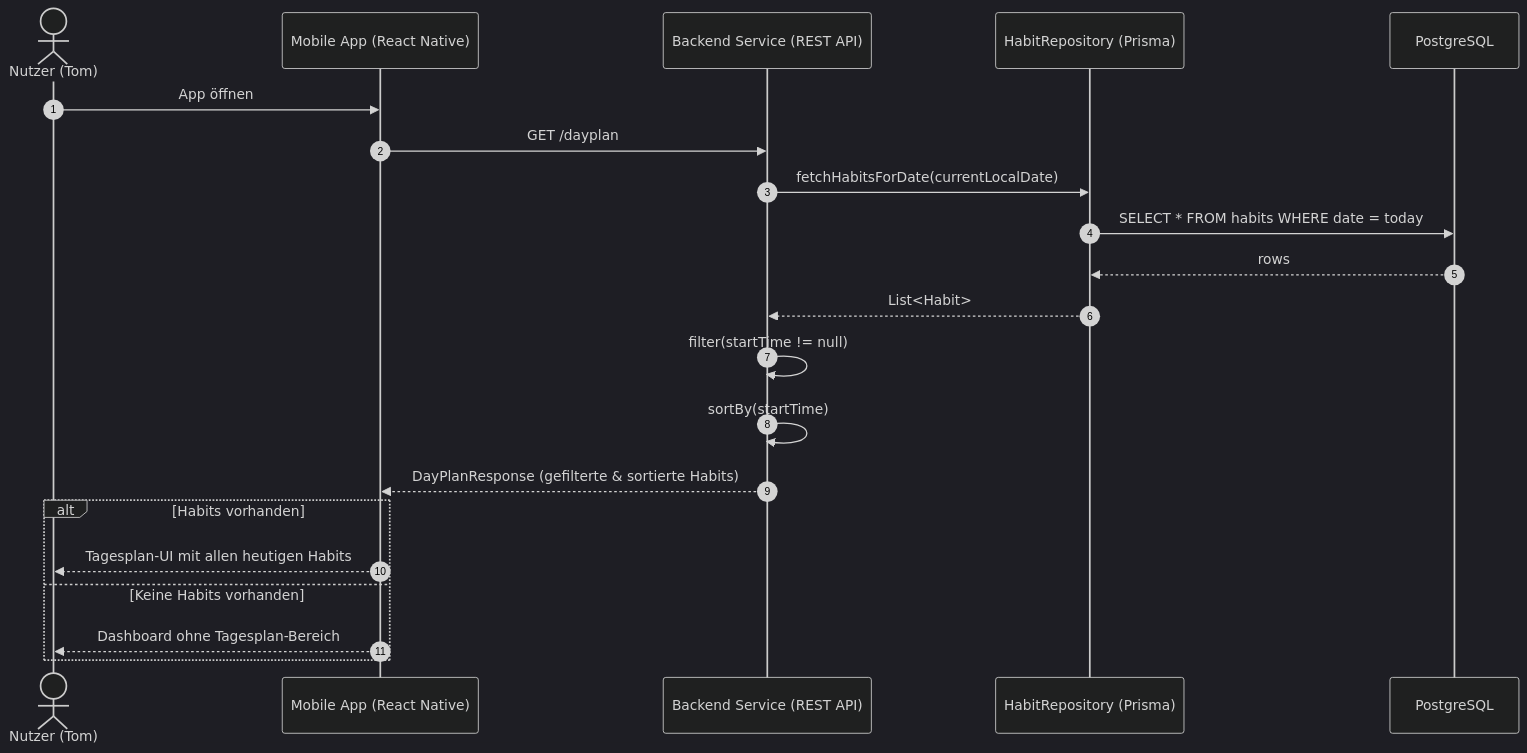
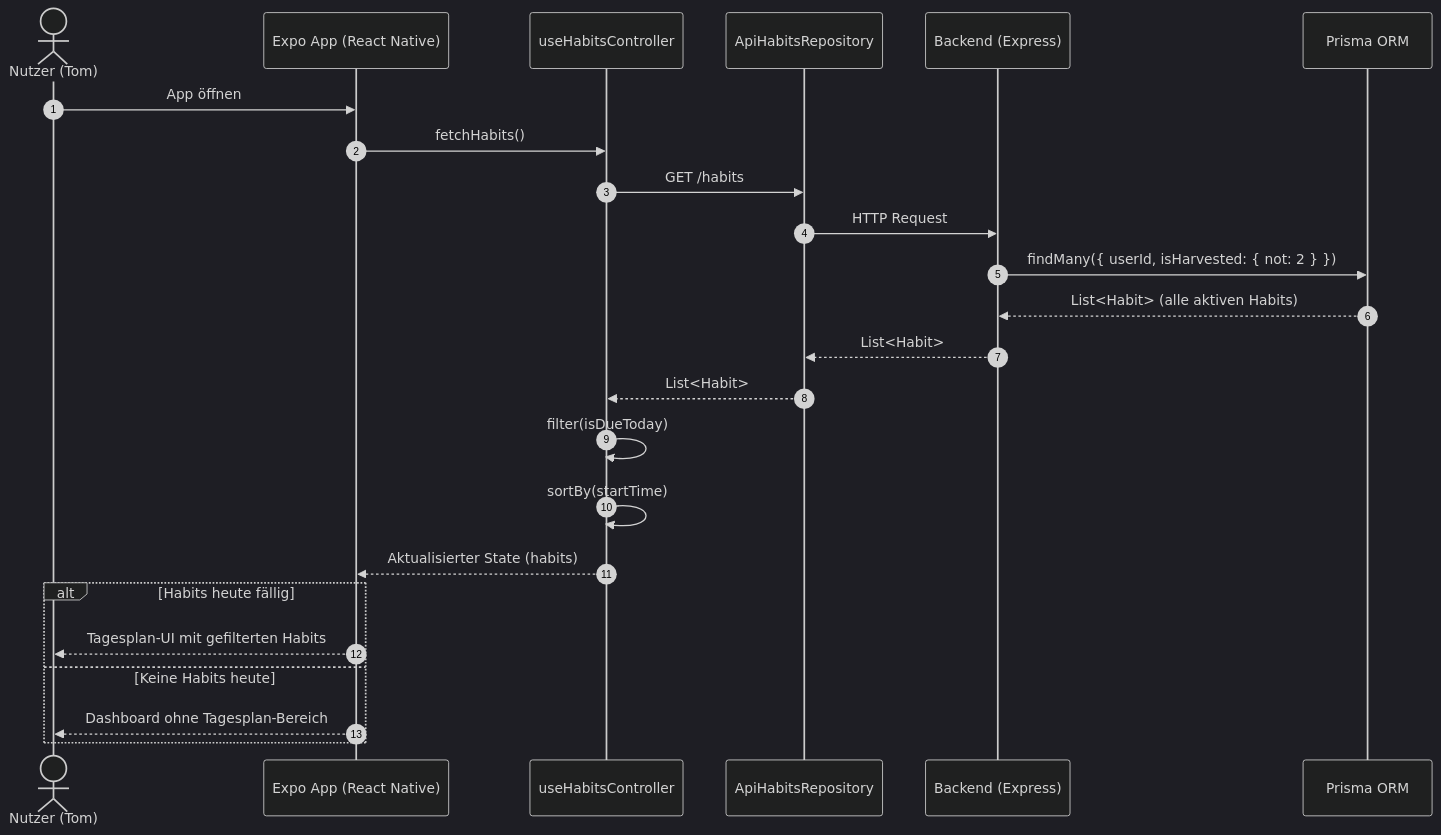
The diagram in docs/development/plantuml/Sequenzdiagramm_AutomatischeAnzeige_Tagesplan.md (laurenzzzzzz/htwd-se1-habitree), drawn with Mermaid (dark theme) before and after one commit. The commit also changed 4 other files, not shown here.

Commit message:
Update Sequenzdiagramme Tatsächliche Darstellung unseres Codes

````diff
--- a/docs/development/plantuml/Sequenzdiagramm_AutomatischeAnzeige_Tagesplan.md
+++ b/docs/development/plantuml/Sequenzdiagramm_AutomatischeAnzeige_Tagesplan.md
@@ -1,29 +1,32 @@
 ```mermaid
 sequenceDiagram
     autonumber
 
     actor User as Nutzer (Tom)
-    participant Mobile as Mobile App (React Native)
-    participant API as Backend Service (REST API)
-    participant Repo as HabitRepository (Prisma)
-    participant DB as PostgreSQL
+    participant Expo as Expo App (React Native)
+    participant FEHabit as useHabitsController
+    participant ApiRepo as ApiHabitsRepository
+    participant API as Backend (Express)
+    participant Repo as Prisma ORM
 
-    User->>Mobile: App öffnen
-    Mobile->>API: GET /dayplan
+    User->>Expo: App öffnen
+    Expo->>FEHabit: fetchHabits()
+    FEHabit->>ApiRepo: GET /habits
+    ApiRepo->>API: HTTP Request
 
-    API->>Repo: fetchHabitsForDate(currentLocalDate)
-    Repo->>DB: SELECT * FROM habits WHERE date = today
-    DB-->>Repo: rows
-    Repo-->>API: List<Habit>
+    API->>Repo: findMany({ userId, isHarvested: { not: 2 } })
+    Repo-->>API: List<Habit> (alle aktiven Habits)
+    API-->>ApiRepo: List<Habit>
+    ApiRepo-->>FEHabit: List<Habit>
+    
+    FEHabit->>FEHabit: filter(isDueToday)
+    FEHabit->>FEHabit: sortBy(startTime)
 
-    API->>API: filter(startTime != null)
-    API->>API: sortBy(startTime)
+    FEHabit-->>Expo: Aktualisierter State (habits)
 
-    API-->>Mobile: DayPlanResponse (gefilterte & sortierte Habits)
-
-    alt Habits vorhanden
-        Mobile-->>User: Tagesplan-UI mit allen heutigen Habits
-    else Keine Habits vorhanden
-        Mobile-->>User: Dashboard ohne Tagesplan-Bereich
+    alt Habits heute fällig
+        Expo-->>User: Tagesplan-UI mit gefilterten Habits
+    else Keine Habits heute
+        Expo-->>User: Dashboard ohne Tagesplan-Bereich
     end
 ```
````
